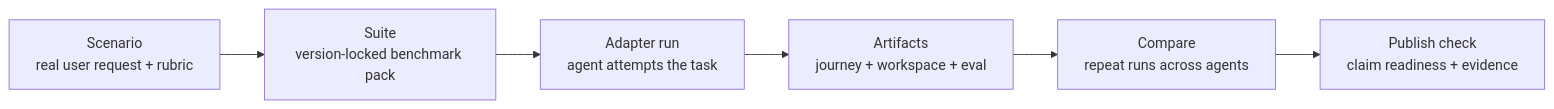
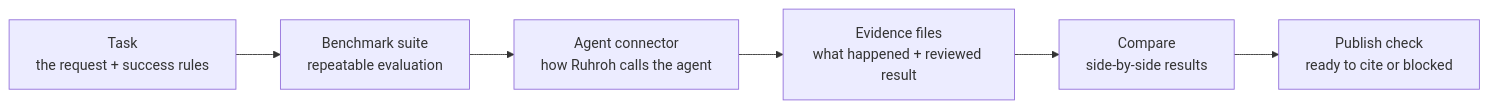
The diagram in docs/concepts.md (LumiCorp/ruhroh), drawn with Mermaid before and after one commit. The commit also changed other lines of this file and 76 other files, not shown here.

````diff
--- a/docs/concepts.md
+++ b/docs/concepts.md
@@ -20,8 +24,8 @@
 ```mermaid
 flowchart LR
-  scenario["Scenario<br/>real user request + rubric"] --> suite["Suite<br/>version-locked benchmark pack"]
-  suite --> adapter["Adapter run<br/>agent attempts the task"]
-  adapter --> artifacts["Artifacts<br/>journey + workspace + eval"]
-  artifacts --> compare["Compare<br/>repeat runs across agents"]
-  compare --> publish["Publish check<br/>claim readiness + evidence"]
+  scenario["Task<br/>the request + success rules"] --> suite["Benchmark suite<br/>repeatable evaluation"]
+  suite --> adapter["Agent connector<br/>how Ruhroh calls the agent"]
+  adapter --> artifacts["Evidence files<br/>what happened + reviewed result"]
+  artifacts --> compare["Compare<br/>side-by-side results"]
+  compare --> publish["Publish check<br/>ready to cite or blocked"]
 ```
````
